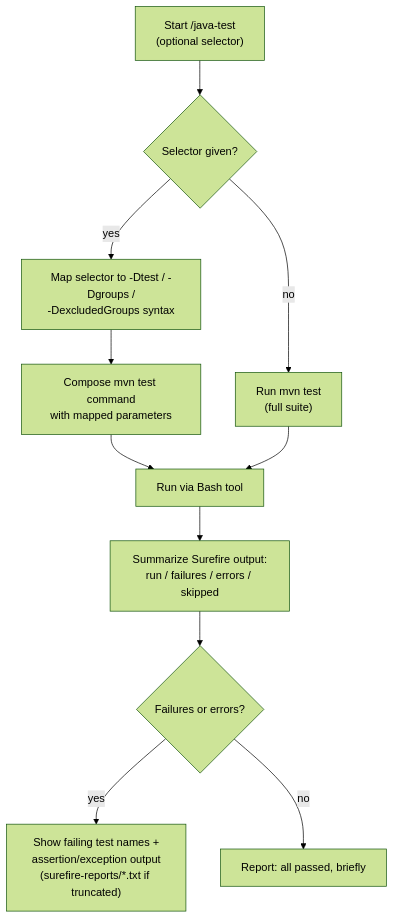
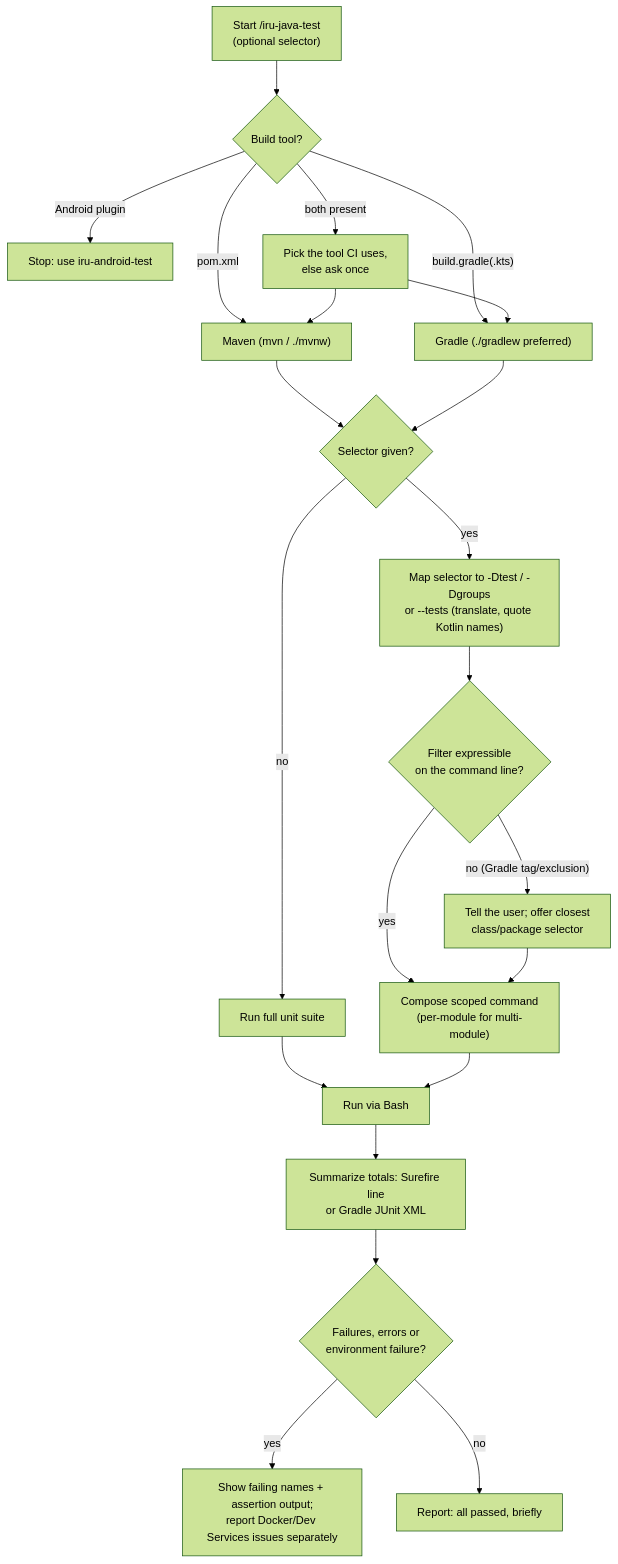
One commit to albertoirurueta/ai-catalog changed the diagram in docs/modules/ROOT/pages/skills/iru-java-test.adoc. Above: the diagram before and after it, drawn with Mermaid (forest theme). The commit also changed other lines of this file and 234 other files, not shown here.

```diff
--- a/docs/modules/ROOT/pages/skills/iru-java-test.adoc
+++ b/docs/modules/ROOT/pages/skills/iru-java-test.adoc
@@ -111,14 +175,25 @@
 [mermaid]
 ....
 flowchart TD
-    A["Start /java-test\n(optional selector)"] --> B{Selector given?}
-    B -- no --> C["Run mvn test\n(full suite)"]
-    B -- yes --> D["Map selector to -Dtest / -Dgroups /\n-DexcludedGroups syntax"]
-    D --> E["Compose mvn test command\nwith mapped parameters"]
-    E --> F["Run via Bash tool"]
-    C --> F
-    F --> G["Summarize Surefire output:\nrun / failures / errors / skipped"]
-    G --> H{Failures or errors?}
-    H -- yes --> I["Show failing test names +\nassertion/exception output\n(surefire-reports/*.txt if truncated)"]
-    H -- no --> J["Report: all passed, briefly"]
+    A["Start /iru-java-test\n(optional selector)"] --> B{"Build tool?"}
+    B -- "pom.xml" --> C["Maven (mvn / ./mvnw)"]
+    B -- "build.gradle(.kts)" --> D["Gradle (./gradlew preferred)"]
+    B -- "Android plugin" --> E["Stop: use iru-android-test"]
+    B -- "both present" --> F["Pick the tool CI uses,\nelse ask once"]
+    F --> C
+    F --> D
+    C --> G{"Selector given?"}
+    D --> G
+    G -- no --> H["Run full unit suite"]
+    G -- yes --> I["Map selector to -Dtest / -Dgroups\nor --tests (translate, quote Kotlin names)"]
+    I --> J{"Filter expressible\non the command line?"}
+    J -- "no (Gradle tag/exclusion)" --> K["Tell the user; offer closest\nclass/package selector"]
+    J -- yes --> L["Compose scoped command\n(per-module for multi-module)"]
+    K --> L
+    H --> M["Run via Bash"]
+    L --> M
+    M --> N["Summarize totals: Surefire line\nor Gradle JUnit XML"]
+    N --> O{"Failures, errors or\nenvironment failure?"}
+    O -- yes --> P["Show failing names + assertion output;\nreport Docker/Dev Services issues separately"]
+    O -- no --> Q["Report: all passed, briefly"]
 ....
```
